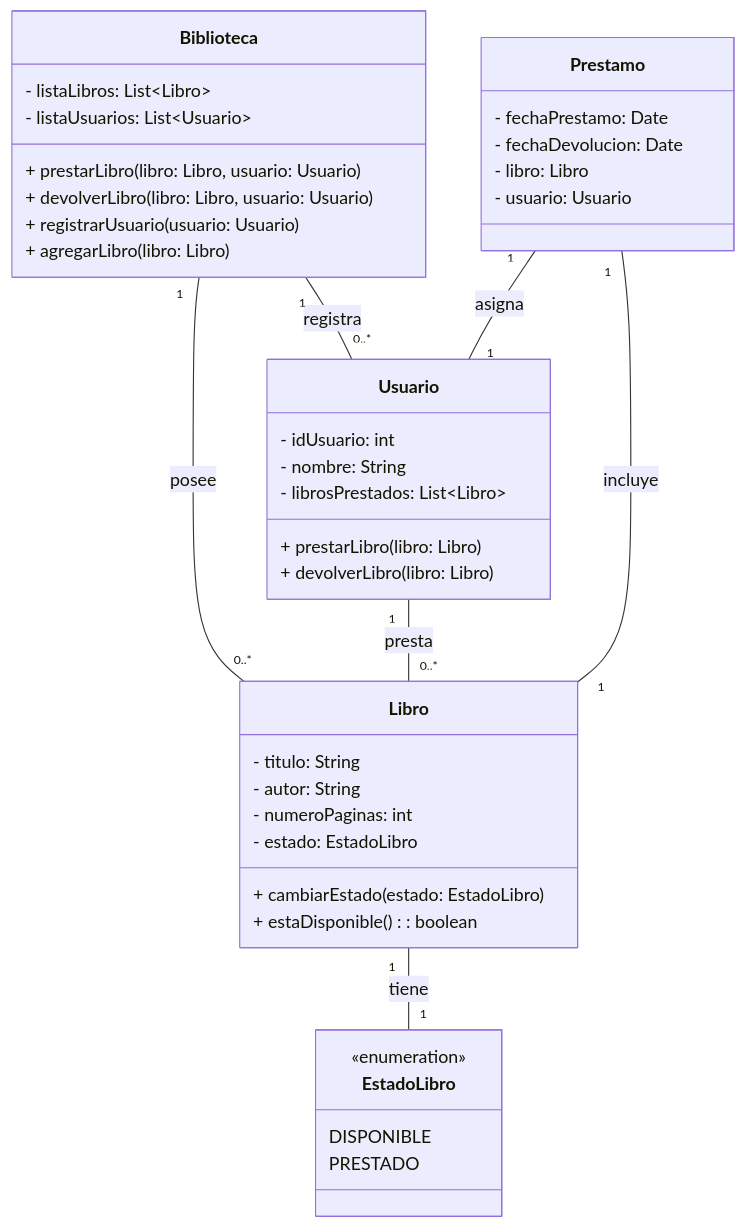
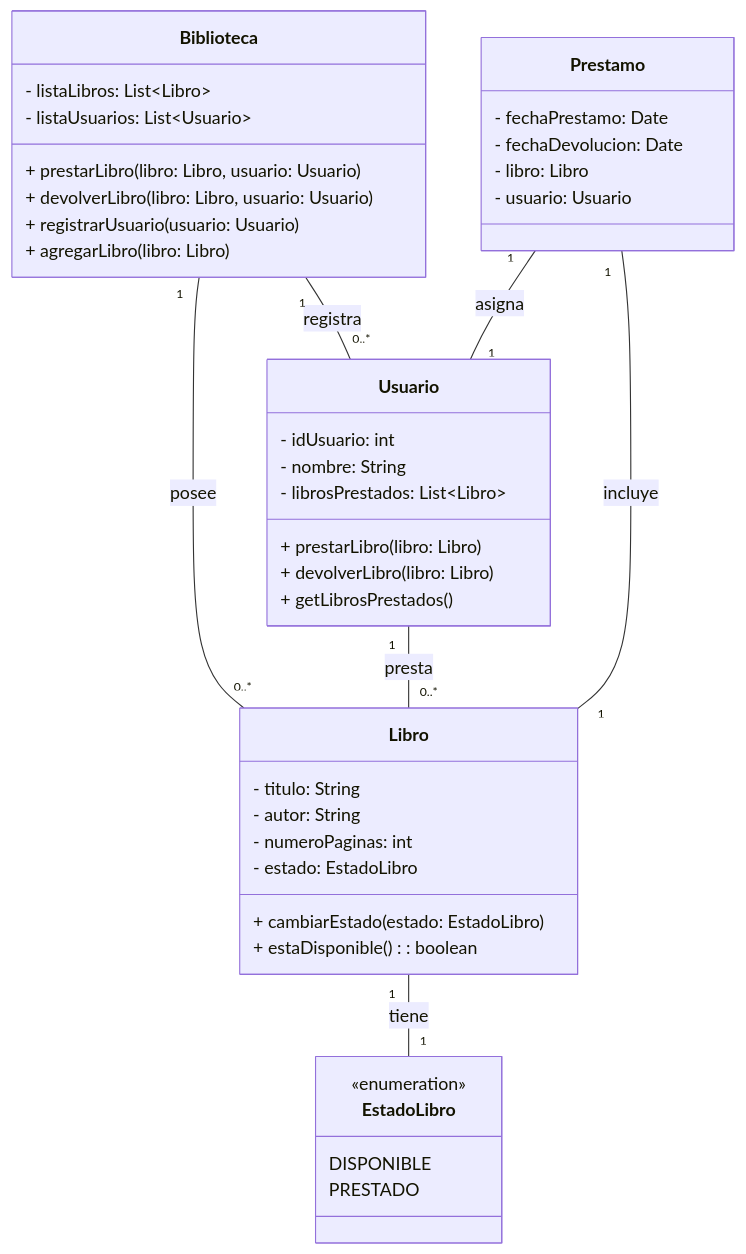
Before and after one commit to exebrites/poo2_tp2: the diagram in SistemaBiblioteca/biblioteca.md, drawn with Mermaid. The commit also changed 62 other files, not shown here.

````diff
--- a/SistemaBiblioteca/biblioteca.md
+++ b/SistemaBiblioteca/biblioteca.md
@@ -1,50 +1,51 @@
 ```mermaid
 
 classDiagram
     class Biblioteca {
         - listaLibros: List~Libro~
         - listaUsuarios: List~Usuario~
         + prestarLibro(libro: Libro, usuario: Usuario)
         + devolverLibro(libro: Libro, usuario: Usuario)
         + registrarUsuario(usuario: Usuario)
         + agregarLibro(libro: Libro)
     }
 
     class Libro {
         - titulo: String
         - autor: String
         - numeroPaginas: int
         - estado: EstadoLibro
         + cambiarEstado(estado: EstadoLibro)
         + estaDisponible(): boolean
     }
 
     class Usuario {
         - idUsuario: int
         - nombre: String
         - librosPrestados: List~Libro~
         + prestarLibro(libro: Libro)
         + devolverLibro(libro: Libro)
+        + getLibrosPrestados()
     }
 
     class Prestamo {
         - fechaPrestamo: Date
         - fechaDevolucion: Date
         - libro: Libro
         - usuario: Usuario
     }
 
     class EstadoLibro {
     <<enumeration>>
     DISPONIBLE
     PRESTADO
     }
 
     Biblioteca "1" -- "0..*" Libro : posee
     Biblioteca "1" -- "0..*" Usuario : registra
     Usuario "1" -- "0..*" Libro : presta
     Prestamo "1" -- "1" Libro : incluye
     Prestamo "1" -- "1" Usuario : asigna
     Libro "1" -- "1" EstadoLibro : tiene
 
 ```
````
